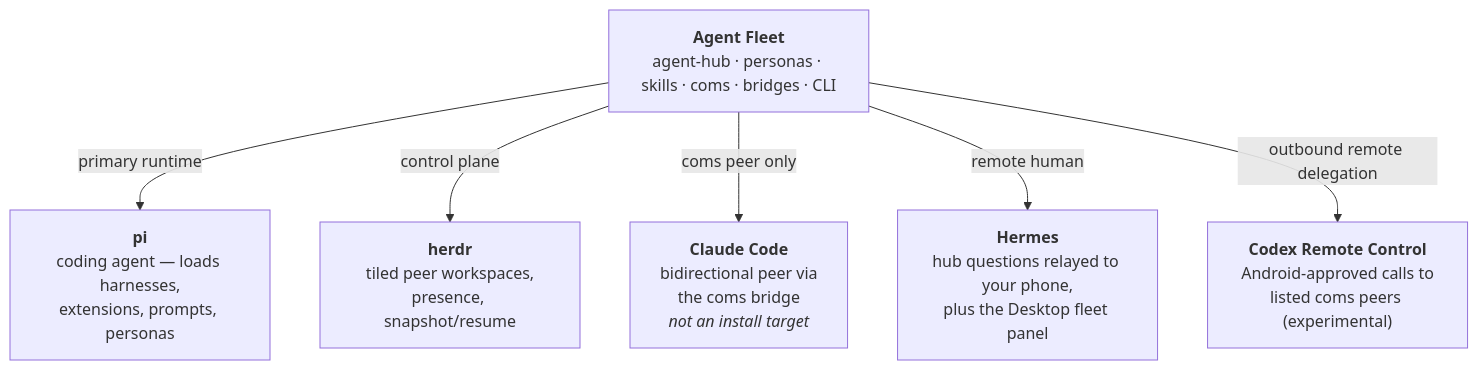
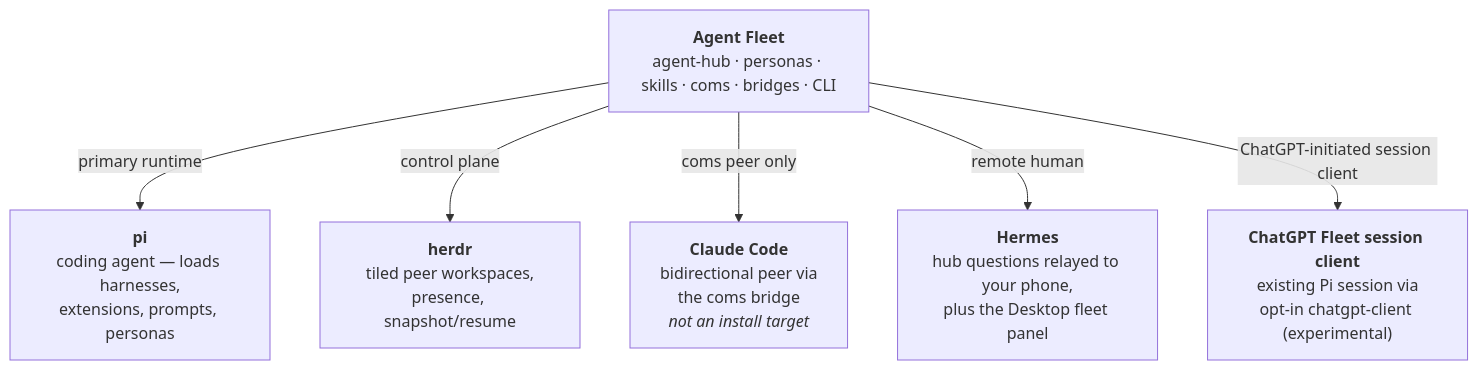
One commit to chankov/agent-fleet changed the second of 2 diagrams in docs/ARCHITECTURE.md. Above: the diagram before and after it, drawn with Mermaid. The commit also changed other lines of this file and 72 other files, not shown here.

````diff
--- a/docs/ARCHITECTURE.md
+++ b/docs/ARCHITECTURE.md
@@ -240,9 +240,9 @@
 ```mermaid
 flowchart TD
     AF["<b>Agent Fleet</b><br/>agent-hub · personas · skills · coms · bridges · CLI"]
     AF -->|primary runtime| PI["<b>pi</b><br/>coding agent — loads harnesses,<br/>extensions, prompts, personas"]
     AF -->|control plane| HERDR["<b>herdr</b><br/>tiled peer workspaces,<br/>presence, snapshot/resume"]
     AF -->|coms peer only| CC["<b>Claude Code</b><br/>bidirectional peer via<br/>the coms bridge<br/><i>not an install target</i>"]
     AF -->|remote human| HERMES["<b>Hermes</b><br/>hub questions relayed to your phone,<br/>plus the Desktop fleet panel"]
-    AF -->|outbound remote delegation| CODEX["<b>Codex Remote Control</b><br/>Android-approved calls to<br/>listed coms peers (experimental)"]
+    AF -->|ChatGPT-initiated session client| CODEX["<b>ChatGPT Fleet session client</b><br/>existing Pi session via<br/>opt-in chatgpt-client (experimental)"]
 ```
````
